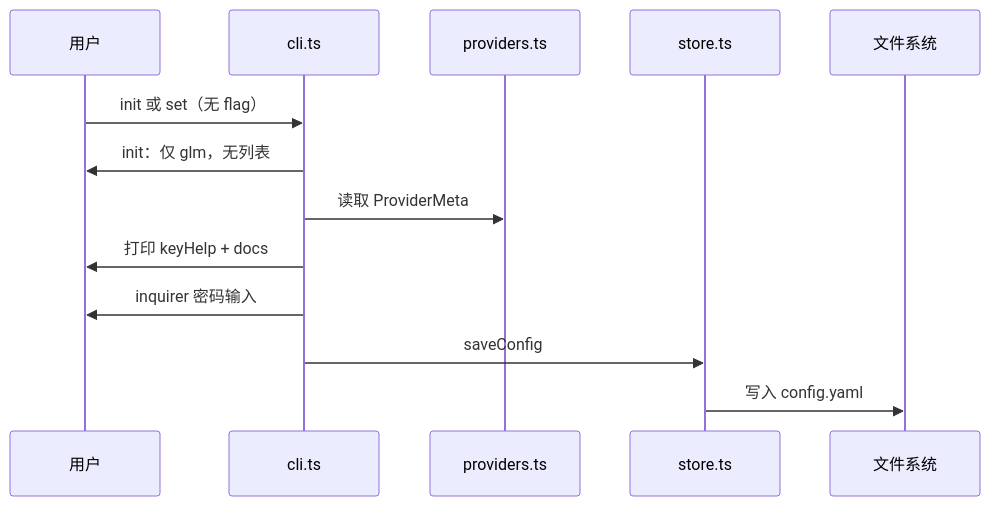
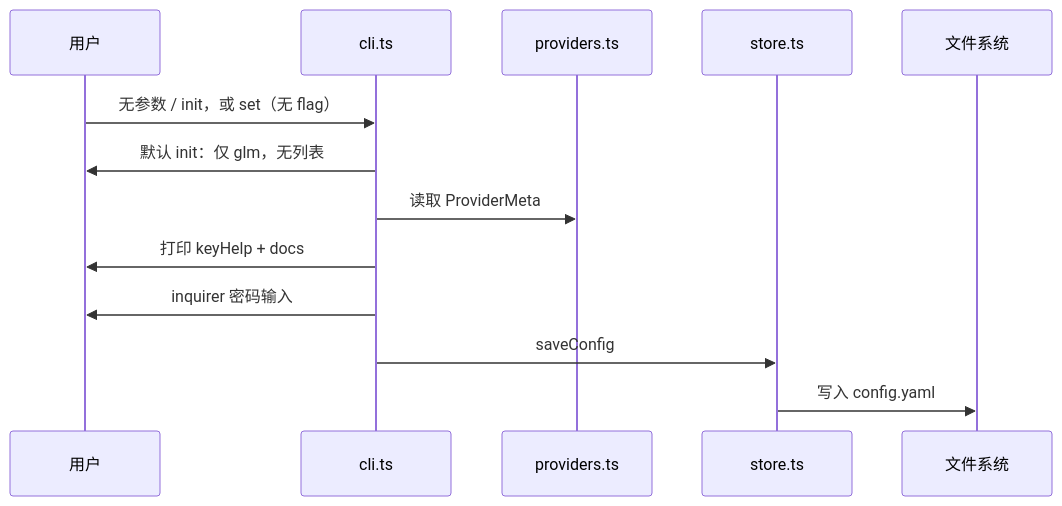
Before and after one commit to day253/claude-helper: the second of 4 diagrams in doc/technical-guide-zh.md, drawn with Mermaid.

Commit message:
docs: timing notes for default init when run with no args
Made-with: Cursor

````diff
--- a/doc/technical-guide-zh.md
+++ b/doc/technical-guide-zh.md
@@ -119,15 +119,15 @@
 ```mermaid
 sequenceDiagram
   participant U as 用户
   participant CLI as cli.ts
   participant P as providers.ts
   participant ST as store.ts
   participant FS as 文件系统
-  U->>CLI: init 或 set（无 flag）
-  CLI->>U: init：仅 glm，无列表
+  U->>CLI: 无参数 / init，或 set（无 flag）
+  CLI->>U: 默认 init：仅 glm，无列表
   CLI->>P: 读取 ProviderMeta
   CLI->>U: 打印 keyHelp + docs
   CLI->>U: inquirer 密码输入
   CLI->>ST: saveConfig
   ST->>FS: 写入 config.yaml
 ```
````
